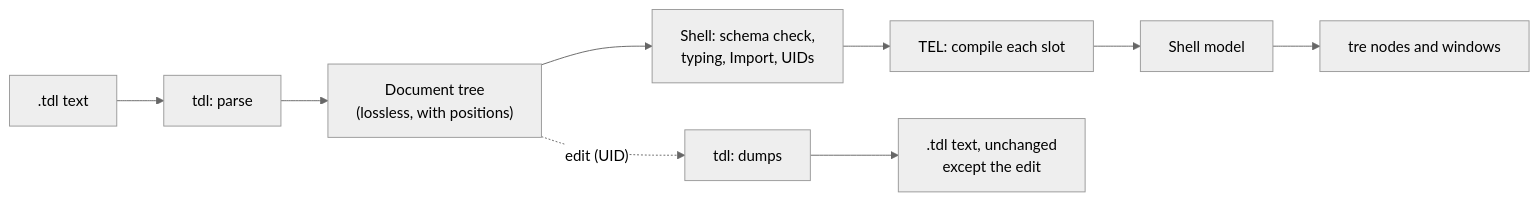
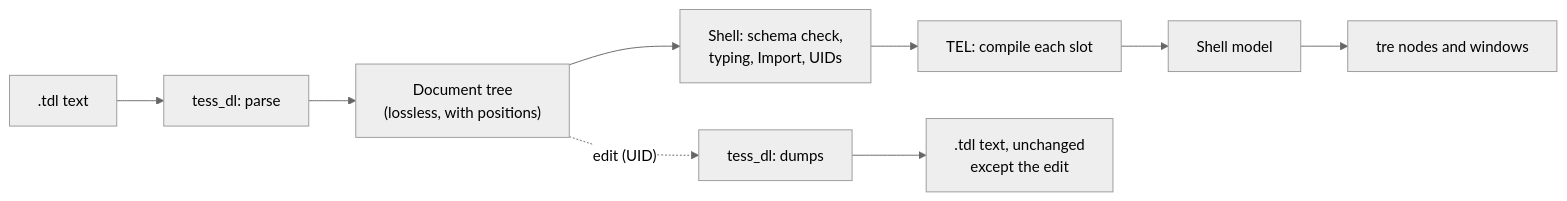
The diagram in docs/api.md (mindderivative/tess-dl), drawn with Mermaid (neutral theme) before and after one commit. The commit also changed other lines of this file and 36 other files, not shown here.

First line of the commit message:
Rename the import package from tdl to tess_dl (G34)

````diff
--- a/docs/api.md
+++ b/docs/api.md
@@ -16,11 +16,11 @@
 ```mermaid
 flowchart LR
-    T[".tdl text"] --> P["tdl: parse"]
+    T[".tdl text"] --> P["tess_dl: parse"]
     P --> D["Document tree\n(lossless, with positions)"]
     D --> S["Shell: schema check,\ntyping, Import, UIDs"]
     S --> E["TEL: compile each slot"]
     E --> M["Shell model"]
     M --> R["tre nodes and windows"]
-    D -. "edit (UID)" .-> W["tdl: dumps"]
+    D -. "edit (UID)" .-> W["tess_dl: dumps"]
     W --> F[".tdl text, unchanged\nexcept the edit"]
 ```
````
